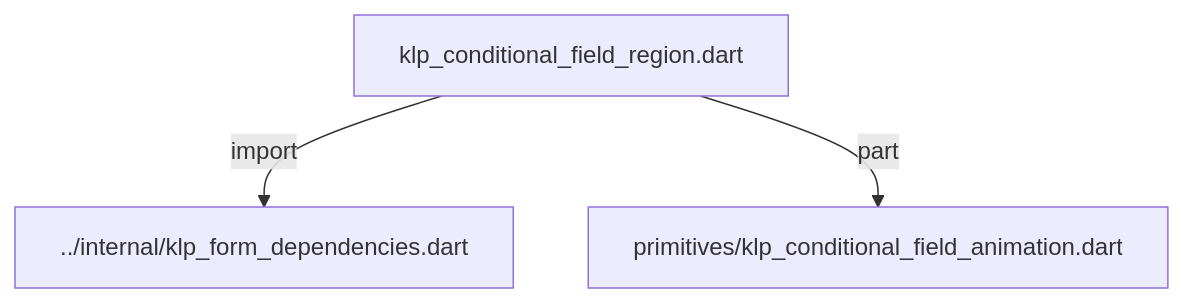
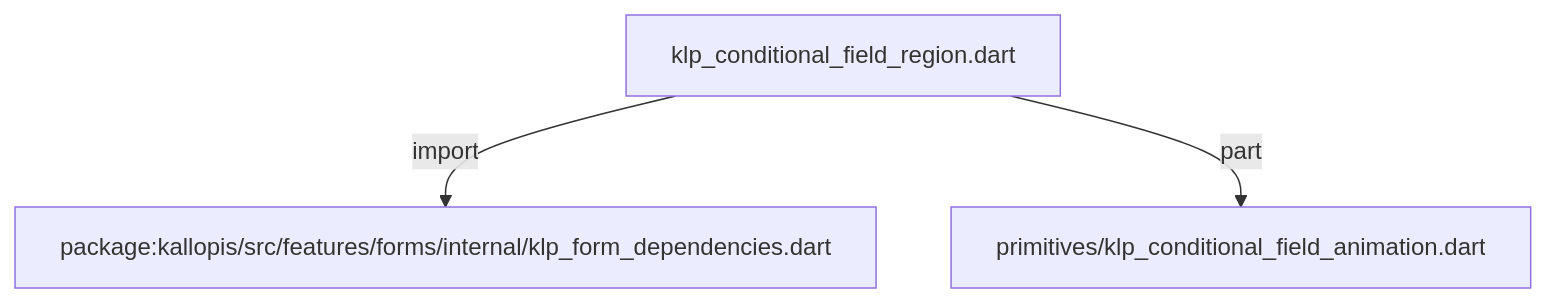
The first of 3 diagrams in docs/architecture/src/features/forms/core/klp_conditional_field_region.md (MiuDog/Kallopis), drawn with Mermaid before and after one commit. The commit also changed other lines of this file and 9688 other files, not shown here.

Commit message:
Prepare isolated Flow F2 peer baseline

````diff
--- a/docs/architecture/src/features/forms/core/klp_conditional_field_region.md
+++ b/docs/architecture/src/features/forms/core/klp_conditional_field_region.md
@@ -11,8 +11,8 @@
 ```mermaid
 flowchart TD
 	n0["klp_conditional_field_region.dart"]
-	n1["../internal/klp_form_dependencies.dart"]
+	n1["package:kallopis/src/features/forms/internal/klp_form_dependencies.dart"]
 	n2["primitives/klp_conditional_field_animation.dart"]
 	n0 -->|"import"| n1
 	n0 -->|"part"| n2
 ```
````
